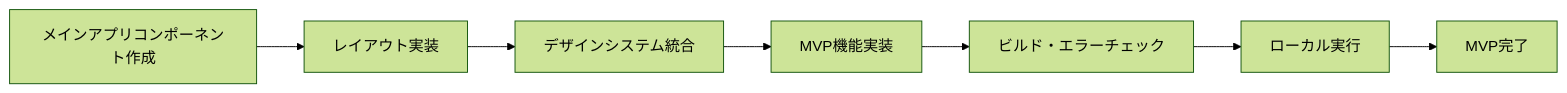
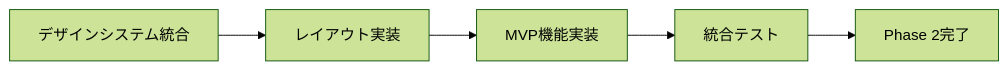
Before and after one commit to PLUG365/DecisionFlow: the fourth of 12 diagrams in README.md, drawn with Mermaid (forest theme). The commit also changed other lines of this file, not shown here.

````diff
--- a/README.md
+++ b/README.md
@@ -45,9 +137,7 @@
 ```mermaid
 graph LR
-    A[メインアプリコンポーネント作成] --> B[レイアウト実装]
-    B --> C[デザインシステム統合]
-    C --> D[MVP機能実装]
-    D --> E[ビルド・エラーチェック]
-    E --> F[ローカル実行]
-    F --> G[MVP完了]
+    A[デザインシステム統合] --> B[レイアウト実装]
+    B --> C[MVP機能実装]
+    C --> D[統合テスト]
+    D --> E[Phase 2完了]
 ```
````
